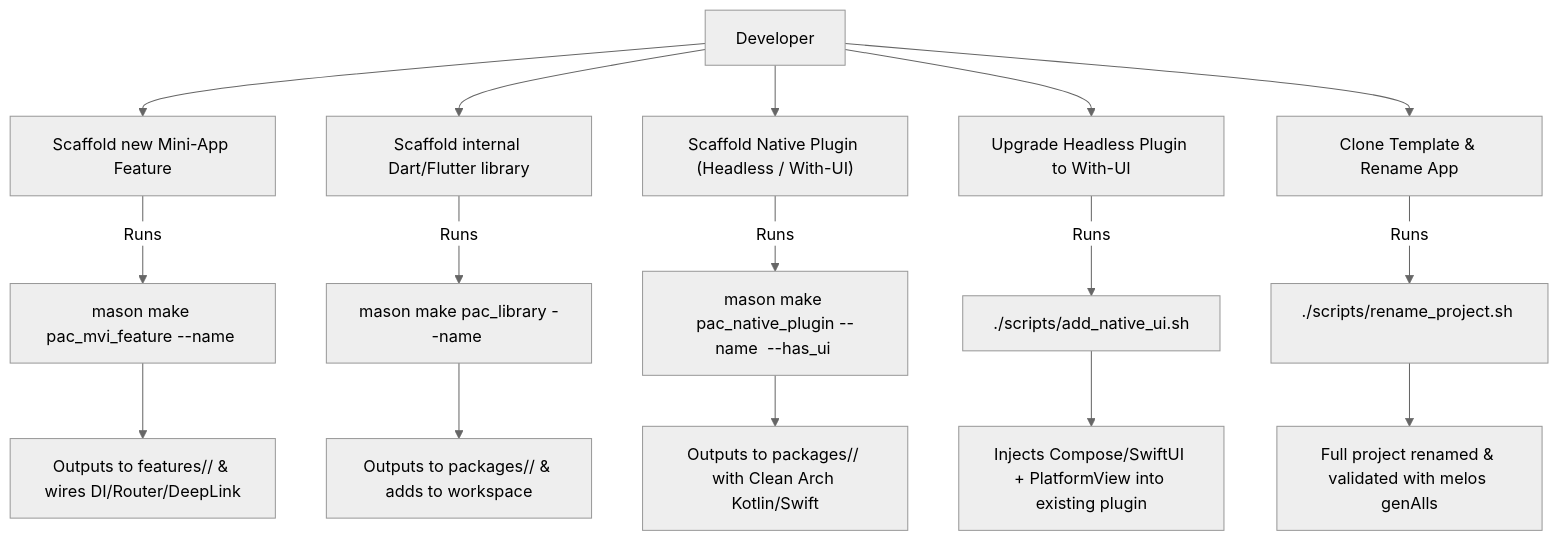
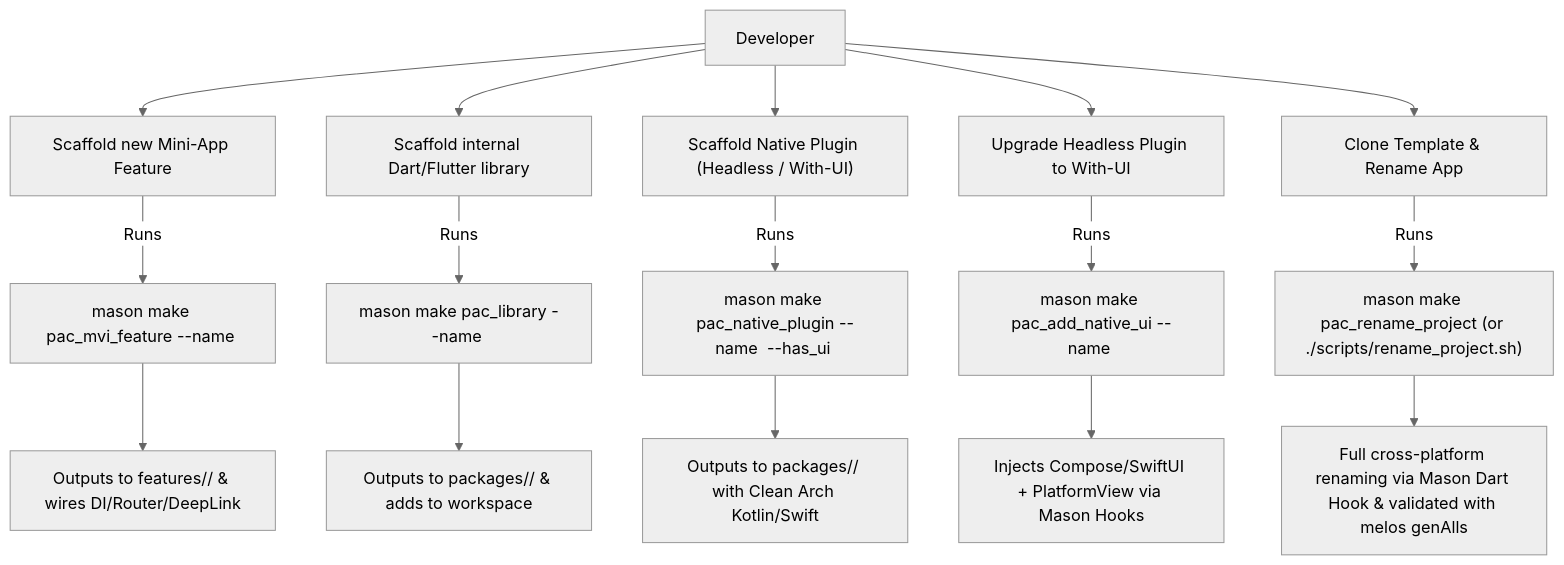
One commit to DanhDue/bloc_digital_wallet changed the second of 3 diagrams in .devtool/epic/flutter_super_app_template/flutter_super_app_template.en.md. Above: the diagram before and after it, drawn with Mermaid (neutral theme). The commit also changed other lines of this file and 2 other files, not shown here.

Commit message:
docs: standardize pac_add_native_ui and pac_rename_project as pure mason bricks

````diff
--- a/.devtool/epic/flutter_super_app_template/flutter_super_app_template.en.md
+++ b/.devtool/epic/flutter_super_app_template/flutter_super_app_template.en.md
@@ -105,23 +105,23 @@
 ```mermaid
 flowchart TD
     Dev["Developer"] --> U1["Scaffold new Mini-App Feature"]
     Dev --> U2["Scaffold internal Dart/Flutter library"]
     Dev --> U3["Scaffold Native Plugin (Headless / With-UI)"]
     Dev --> U4["Upgrade Headless Plugin to With-UI"]
     Dev --> U5["Clone Template & Rename App"]
 
     U1 -->|Runs| B1["mason make pac_mvi_feature --name <name>"]
     B1 --> O1["Outputs to features/<name>/ & wires DI/Router/DeepLink"]
 
     U2 -->|Runs| B2["mason make pac_library --name <name>"]
     B2 --> O2["Outputs to packages/<name>/ & adds to workspace"]
 
     U3 -->|Runs| B3["mason make pac_native_plugin --name <name> --has_ui <bool>"]
     B3 --> O3["Outputs to packages/<name>/ with Clean Arch Kotlin/Swift"]
 
-    U4 -->|Runs| B4["./scripts/add_native_ui.sh <name>"]
-    B4 --> O4["Injects Compose/SwiftUI + PlatformView into existing plugin"]
+    U4 -->|Runs| B4["mason make pac_add_native_ui --name <name>"]
+    B4 --> O4["Injects Compose/SwiftUI + PlatformView via Mason Hooks"]
 
-    U5 -->|Runs| S1["./scripts/rename_project.sh <AppName> <pkg> <bundleId>"]
-    S1 --> O5["Full project renamed & validated with melos genAlls"]
+    U5 -->|Runs| S1["mason make pac_rename_project (or ./scripts/rename_project.sh)"]
+    S1 --> O5["Full cross-platform renaming via Mason Dart Hook & validated with melos genAlls"]
 ```
````
